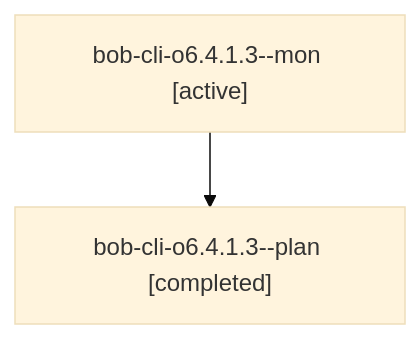
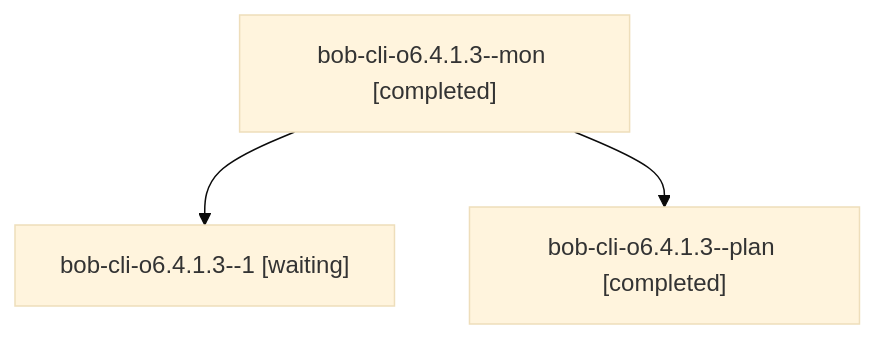
The diagram in sessions/bbugyi200.athena.bob-cli-o6.4.1.3.md (bobs-org/bob-cli--agents), drawn with Mermaid (base theme) before and after one commit. The commit also changed other lines of this file and 51 other files, not shown here.

````diff
--- a/sessions/bbugyi200.athena.bob-cli-o6.4.1.3.md
+++ b/sessions/bbugyi200.athena.bob-cli-o6.4.1.3.md
@@ -9,6 +9,8 @@
 ```mermaid
 flowchart TD
-  n0["bob-cli-o6.4.1.3--mon [active]"]
-  n1["bob-cli-o6.4.1.3--plan [completed]"]
+  n0["bob-cli-o6.4.1.3--mon [completed]"]
+  n1["bob-cli-o6.4.1.3--1 [waiting]"]
   n0 --> n1
+  n2["bob-cli-o6.4.1.3--plan [completed]"]
+  n0 --> n2
 ```
````
